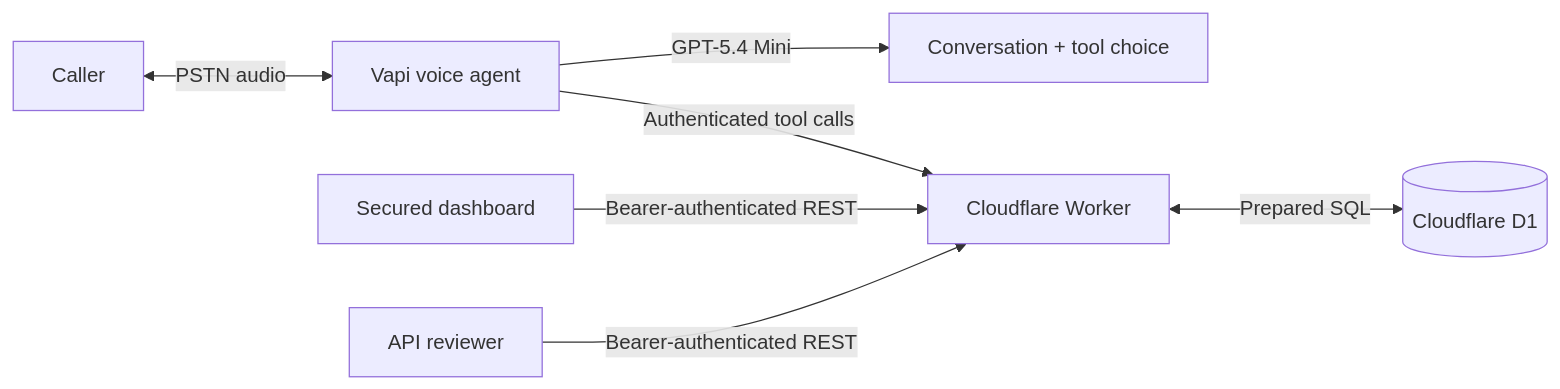
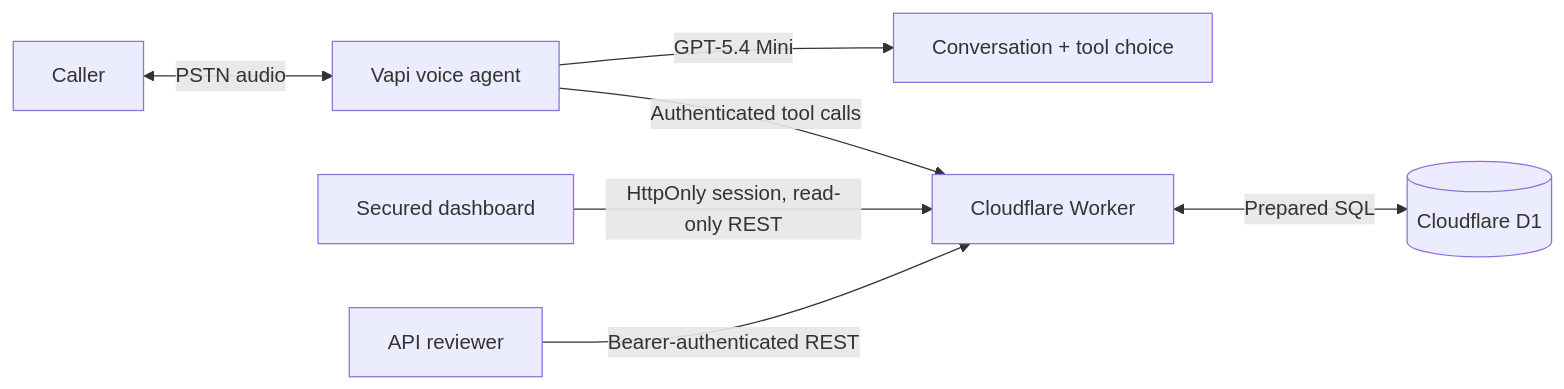
The diagram in README.md (NihalAli19/carecloud-voice-patient-registry), drawn with Mermaid before and after one commit. The commit also changed other lines of this file and 12 other files, not shown here.

````diff
--- a/README.md
+++ b/README.md
@@ -20,9 +20,9 @@
 ```mermaid
 flowchart LR
   Caller[Caller] <-->|PSTN audio| Vapi[Vapi voice agent]
   Vapi -->|GPT-5.4 Mini| LLM[Conversation + tool choice]
   Vapi -->|Authenticated tool calls| Worker[Cloudflare Worker]
   Worker <-->|Prepared SQL| D1[(Cloudflare D1)]
-  Dashboard[Secured dashboard] -->|Bearer-authenticated REST| Worker
+  Dashboard[Secured dashboard] -->|HttpOnly session, read-only REST| Worker
   Reviewer[API reviewer] -->|Bearer-authenticated REST| Worker
 ```
````
